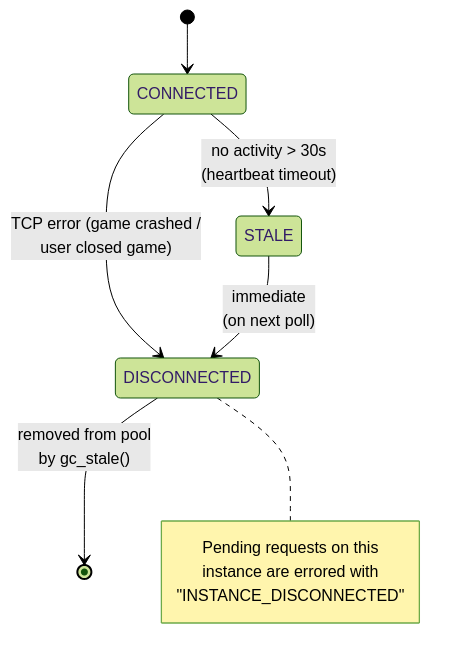
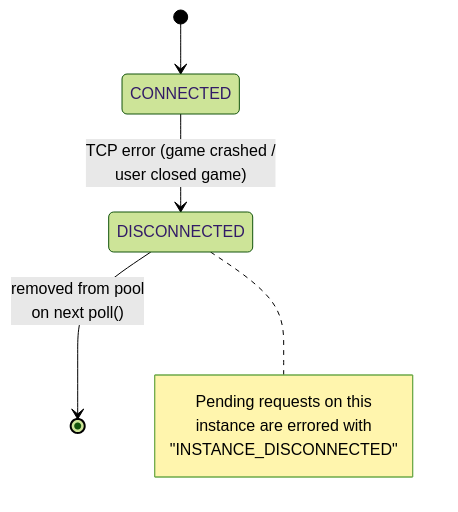
One commit to jesspig/GodotMCP-GDExtension changed the fourth of 4 diagrams in .repo_wiki/concepts/runtime-communication.md. Above: the diagram before and after it, drawn with Mermaid (forest theme). The commit also changed other lines of this file and 41 other files, not shown here.

````diff
--- a/.repo_wiki/concepts/runtime-communication.md
+++ b/.repo_wiki/concepts/runtime-communication.md
@@ -311,16 +292,14 @@
 ```mermaid
 stateDiagram-v2
     [*] --> CONNECTED
 
     CONNECTED --> DISCONNECTED: TCP error (game crashed /<br/>user closed game)
-    CONNECTED --> STALE: no activity > 30s<br/>(heartbeat timeout)
-    STALE --> DISCONNECTED: immediate<br/>(on next poll)
 
-    DISCONNECTED --> [*]: removed from pool<br/>by gc_stale()
+    DISCONNECTED --> [*]: removed from pool<br/>on next poll()
 
     note right of DISCONNECTED
         Pending requests on this
         instance are errored with
         "INSTANCE_DISCONNECTED"
     end note
 ```
````
